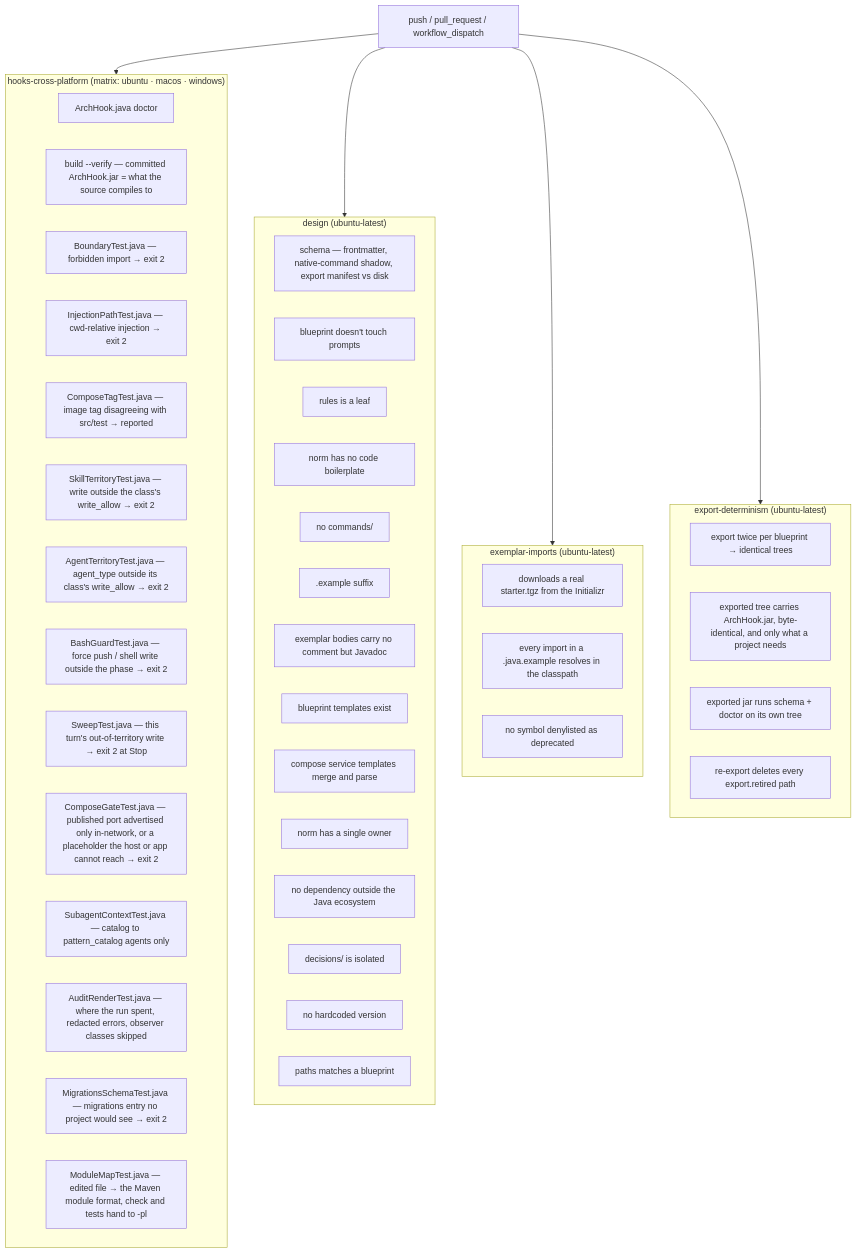
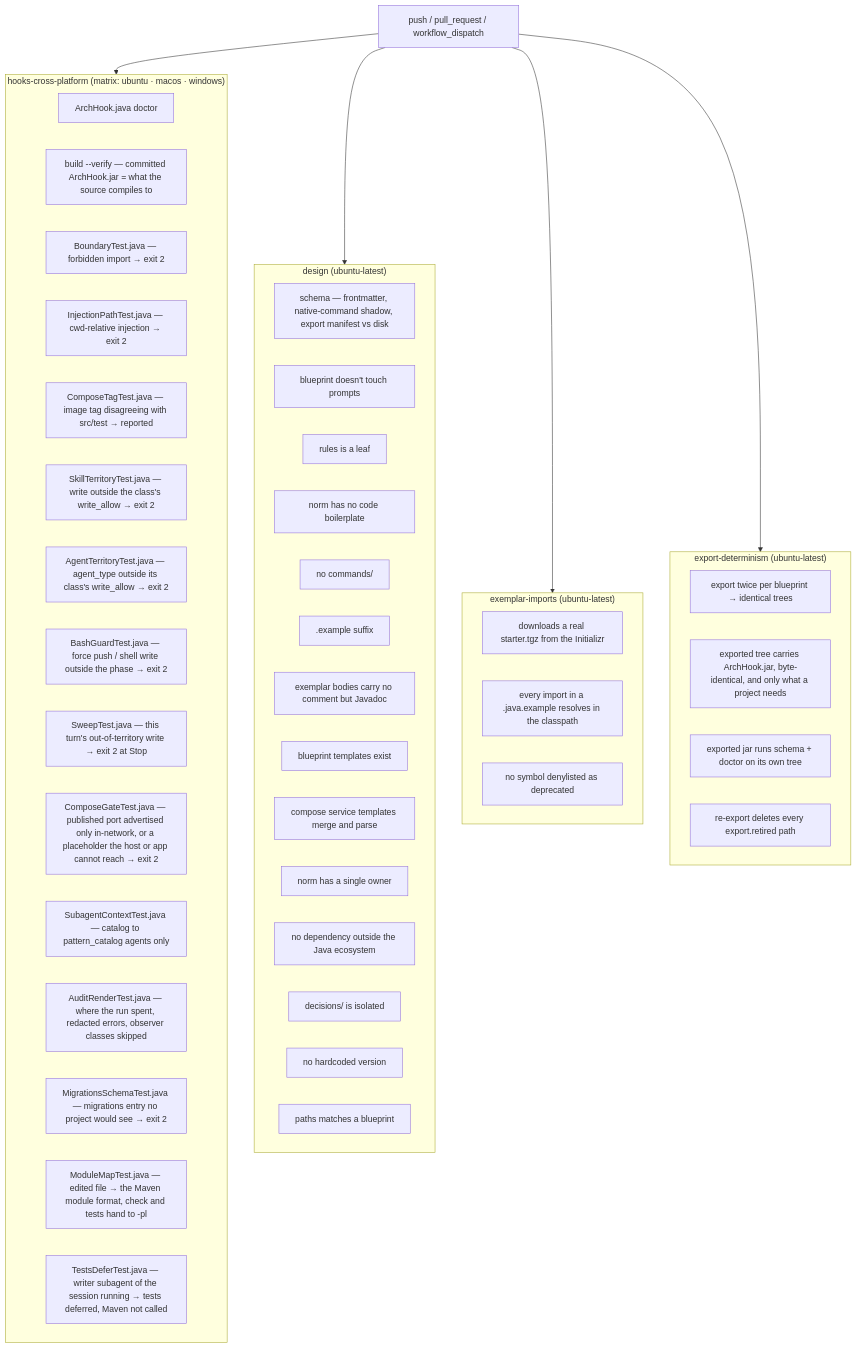
One commit to ice-lfernandes/claude-spring-architect changed the diagram in docs/en/07-ci-validate.md. Above: the diagram before and after it, drawn with Mermaid. The commit also changed other lines of this file and 14 other files, not shown here.

First line of the commit message:
fix: tests Stop gate defers while a writer subagent still runs (decision 0116)

````diff
--- a/docs/en/07-ci-validate.md
+++ b/docs/en/07-ci-validate.md
@@ -17,54 +17,55 @@
 ```mermaid
 flowchart TD
     T[push / pull_request / workflow_dispatch] --> J1
     T --> J2
     T --> J3
     T --> J4
 
     subgraph J1["hooks-cross-platform (matrix: ubuntu · macos · windows)"]
         H1[ArchHook.java doctor]
         H0[build --verify — committed ArchHook.jar = what the source compiles to]
         H2[BoundaryTest.java — forbidden import → exit 2]
         H3[InjectionPathTest.java — cwd-relative injection → exit 2]
         H4[ComposeTagTest.java — image tag disagreeing with src/test → reported]
         H5[SkillTerritoryTest.java — write outside the class's write_allow → exit 2]
         H6[AgentTerritoryTest.java — agent_type outside its class's write_allow → exit 2]
         H7[BashGuardTest.java — force push / shell write outside the phase → exit 2]
         H8[SweepTest.java — this turn's out-of-territory write → exit 2 at Stop]
         H9[ComposeGateTest.java — published port advertised only in-network, or a placeholder the host or app cannot reach → exit 2]
         H10[SubagentContextTest.java — catalog to pattern_catalog agents only]
         H11[AuditRenderTest.java — where the run spent, redacted errors, observer classes skipped]
         H12[MigrationsSchemaTest.java — migrations entry no project would see → exit 2]
         H13[ModuleMapTest.java — edited file → the Maven module format, check and tests hand to -pl]
+        H14[TestsDeferTest.java — writer subagent of the session running → tests deferred, Maven not called]
     end
 
     subgraph J2["design (ubuntu-latest)"]
         D1[schema — frontmatter, native-command shadow, export manifest vs disk]
         D4[blueprint doesn't touch prompts]
         D5[rules is a leaf]
         D6[norm has no code boilerplate]
         D7[no commands/]
         D8[.example suffix]
         D16[exemplar bodies carry no comment but Javadoc]
         D9[blueprint templates exist]
         D15[compose service templates merge and parse]
         D10[norm has a single owner]
         D11[no dependency outside the Java ecosystem]
         D12[decisions/ is isolated]
         D13[no hardcoded version]
         D14[paths matches a blueprint]
     end
 
     subgraph J3["exemplar-imports (ubuntu-latest)"]
         E1[downloads a real starter.tgz from the Initializr]
         E2[every import in a .java.example resolves in the classpath]
         E3[no symbol denylisted as deprecated]
     end
 
     subgraph J4["export-determinism (ubuntu-latest)"]
         X1[export twice per blueprint → identical trees]
         X2[exported tree carries ArchHook.jar, byte-identical, and only what a project needs]
         X3[exported jar runs schema + doctor on its own tree]
         X4[re-export deletes every export.retired path]
     end
 ```
````
